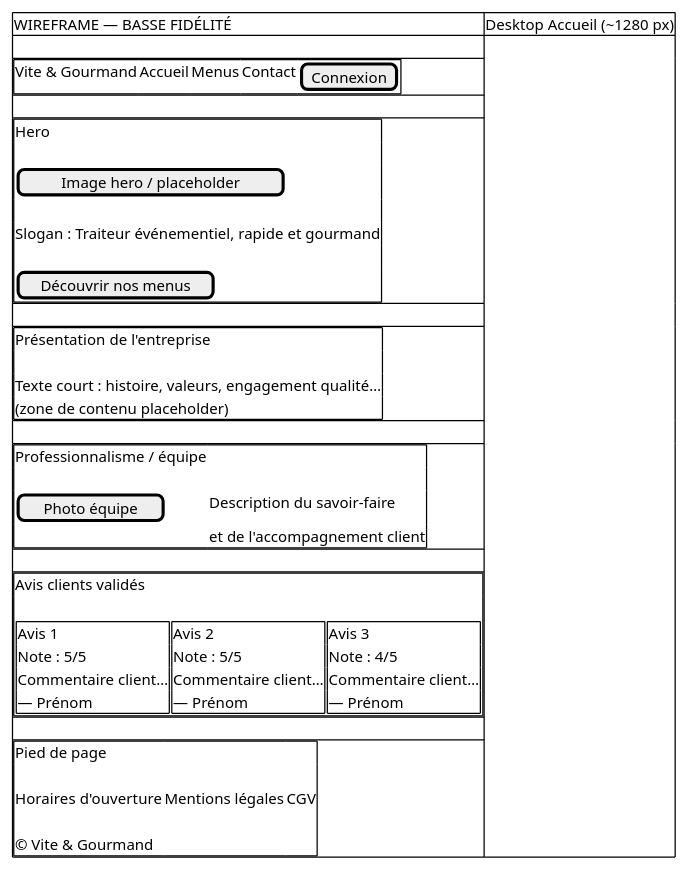
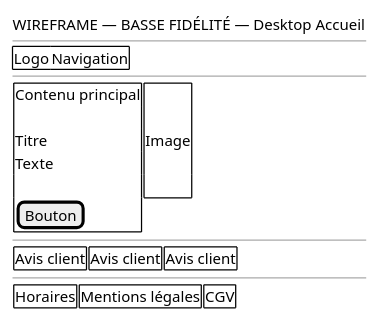
One commit to Meldince6790/vite-et-gourmand changed the diagram in docs/wireframes/wireframe-desktop-accueil.puml. Above: the diagram before and after it, drawn with PlantUML. The commit also changed 11 other files, not shown here.

```diff
--- a/docs/wireframes/wireframe-desktop-accueil.puml
+++ b/docs/wireframes/wireframe-desktop-accueil.puml
@@ -1,70 +1,55 @@
 @startsalt
-' WIREFRAME — BASSE FIDÉLITÉ
-' Desktop Accueil — ~1280 px (indicatif)
+skinparam backgroundColor #FFFFFF
+skinparam defaultFontColor #000000
+skinparam shadowing false
+' WIREFRAME — BASSE FIDÉLITÉ — Desktop Accueil (blocs fonctionnels)
 {
-{#
-WIREFRAME — BASSE FIDÉLITÉ | Desktop Accueil (~1280 px)
-.
+WIREFRAME — BASSE FIDÉLITÉ — Desktop Accueil
+----
 {+
-Vite & Gourmand | Accueil | Menus | Contact | [Connexion]
+Logo | Navigation
 }
-.
-{+
-Hero
-.
-[ Image hero / placeholder ]
-.
-Slogan : Traiteur événementiel, rapide et gourmand
-.
-[Découvrir nos menus]
-}
-.
-{+
-Présentation de l'entreprise
-.
-Texte court : histoire, valeurs, engagement qualité…
-(zone de contenu placeholder)
-}
-.
-{+
-Professionnalisme / équipe
-.
-[ Photo équipe ] | Description du savoir-faire
-.                 | et de l'accompagnement client
-}
-.
-{+
-Avis clients validés
-.
+----
 {
 {+
-Avis 1
-Note : 5/5
-Commentaire client…
-— Prénom
+Contenu principal
+.
+Titre
+Texte
+.
+[Bouton]
 } |
 {+
-Avis 2
-Note : 5/5
-Commentaire client…
-— Prénom
+.
+.
+Image
+.
+.
+}
+}
+----
+{
+{+
+Avis client
 } |
 {+
-Avis 3
-Note : 4/5
-Commentaire client…
-— Prénom
+Avis client
+} |
+{+
+Avis client
 }
 }
-}
-.
+----
+{
 {+
-Pied de page
-.
-Horaires d'ouverture | Mentions légales | CGV
-.
-© Vite & Gourmand
+Horaires
+} |
+{+
+Mentions légales
+} |
+{+
+CGV
 }
 }
 }
 @endsalt
```
